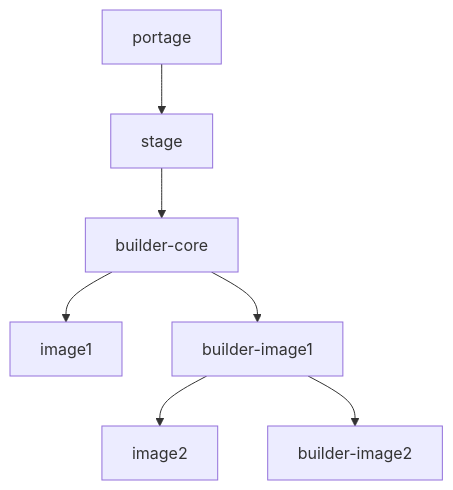
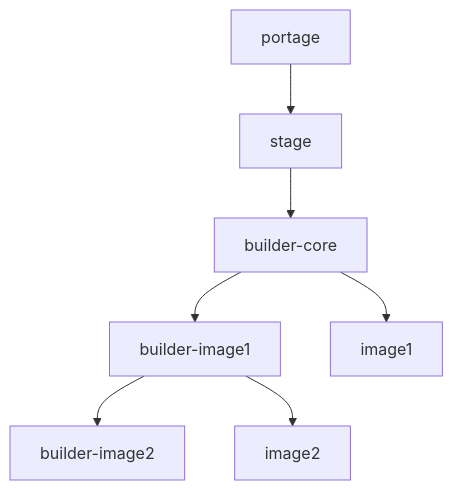
The diagram in ansible/kubler.md (cainam/home-cluster-deployment), drawn with Mermaid before and after one commit. The commit also changed other lines of this file, not shown here.

````diff
--- a/ansible/kubler.md
+++ b/ansible/kubler.md
@@ -8,9 +8,9 @@
 ```mermaid
 graph TD; 
   portage-->stage;
   stage-->builder-core;
+  builder-core-->builder-image1;
   builder-core-->image1;
-  builder-core-->builder-image1;
+  builder-image1-->builder-image2
   builder-image1-->image2;
-  builder-image1-->builder-image2
 ```
````
